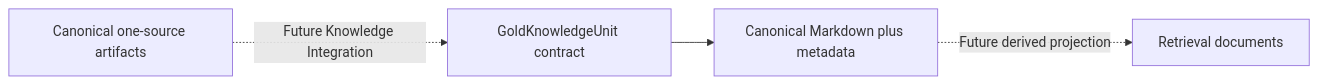
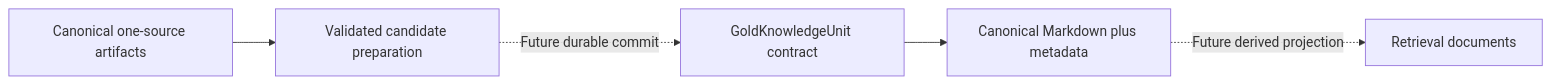
The third of 8 diagrams in docs/architecture.md (alexander-rewitzer/league-knowledge-platform), drawn with Mermaid before and after one commit. The commit also changed other lines of this file and 18 other files, not shown here.

Commit message:
Prepare and validate adaptive Gold integration

````diff
--- a/docs/architecture.md
+++ b/docs/architecture.md
@@ -113,6 +115,7 @@
 ```mermaid
 flowchart LR
-    S["Canonical one-source artifacts"] -. "Future Knowledge Integration" .-> U["GoldKnowledgeUnit contract"]
+    S["Canonical one-source artifacts"] --> P["Validated candidate preparation"]
+    P -. "Future durable commit" .-> U["GoldKnowledgeUnit contract"]
     U --> M["Canonical Markdown plus metadata"]
     M -. "Future derived projection" .-> R["Retrieval documents"]
 ```
````
